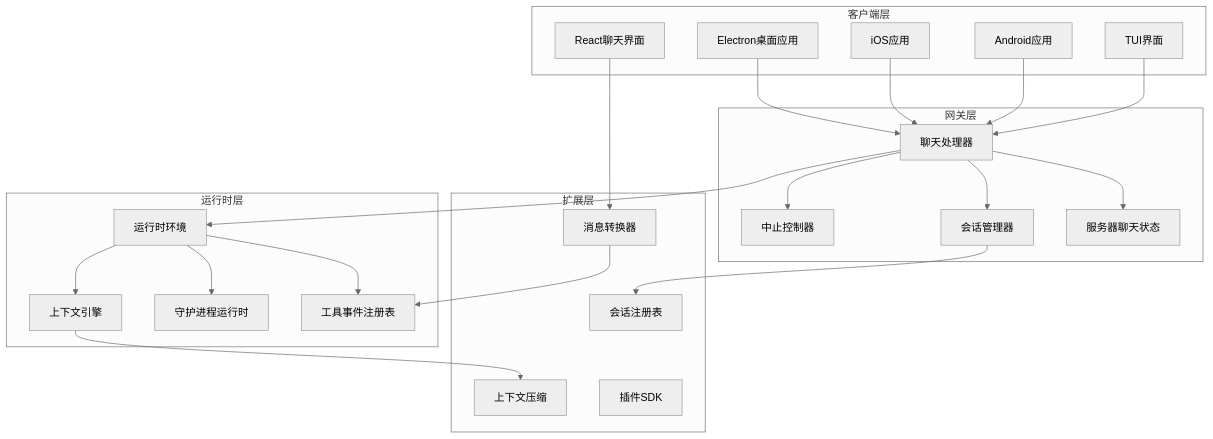
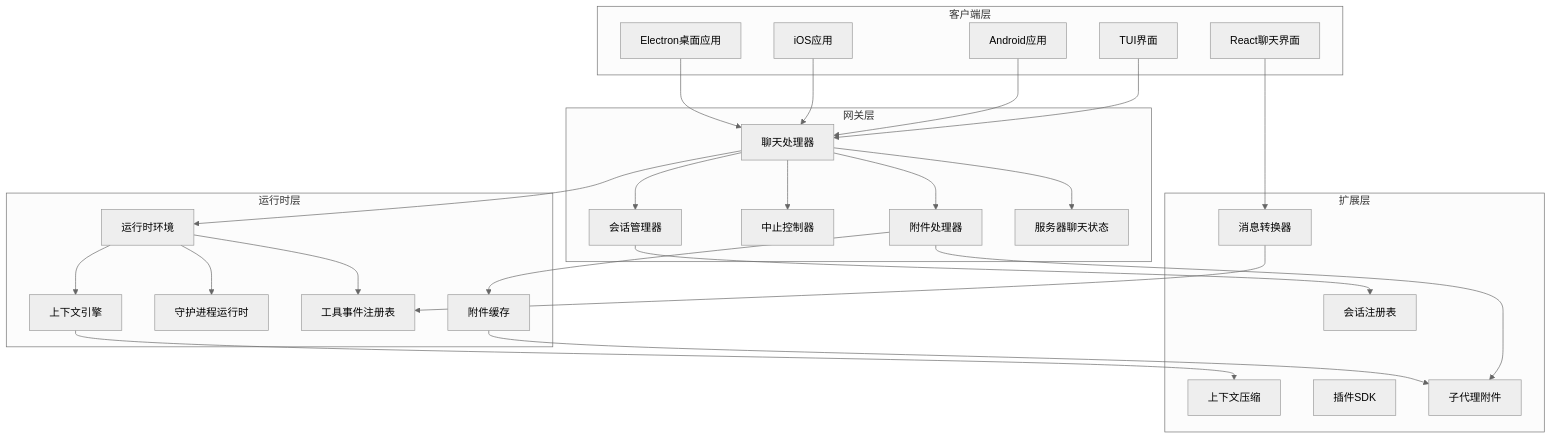
One commit to verse-ai-org/openclaw changed the first of 20 diagrams in .qoder/repowiki/zh/content/Web界面/WebChat界面/聊天运行时提供者增强.md. Above: the diagram before and after it, drawn with Mermaid (neutral theme). The commit also changed other lines of this file and 7 other files, not shown here.

````diff
--- a/.qoder/repowiki/zh/content/Web界面/WebChat界面/聊天运行时提供者增强.md
+++ b/.qoder/repowiki/zh/content/Web界面/WebChat界面/聊天运行时提供者增强.md
@@ -53,43 +59,50 @@
 ```mermaid
 graph TB
 subgraph "客户端层"
 TUI[TUI界面]
 Android[Android应用]
 iOS[iOS应用]
 Electron[Electron桌面应用]
 ReactUI[React聊天界面]
 end
 subgraph "网关层"
 ChatHandlers[聊天处理器]
+ChatAttachments[附件处理器]
 AbortController[中止控制器]
 SessionManager[会话管理器]
 ServerChat[服务器聊天状态]
 end
 subgraph "运行时层"
 RuntimeEnv[运行时环境]
 ContextEngine[上下文引擎]
 DaemonRuntime[守护进程运行时]
 ToolEventRegistry[工具事件注册表]
+AttachmentCache[附件缓存]
 end
 subgraph "扩展层"
 SessionRegistry[会话注册表]
 ContextPruning[上下文压缩]
 PluginSDK[插件SDK]
 MessageConverter[消息转换器]
+SubagentAttachments[子代理附件]
 end
 TUI --> ChatHandlers
 Android --> ChatHandlers
 iOS --> ChatHandlers
 Electron --> ChatHandlers
 ReactUI --> MessageConverter
+ChatHandlers --> ChatAttachments
 ChatHandlers --> AbortController
 ChatHandlers --> SessionManager
 ChatHandlers --> ServerChat
 ChatHandlers --> RuntimeEnv
+ChatAttachments --> AttachmentCache
+ChatAttachments --> SubagentAttachments
 RuntimeEnv --> ContextEngine
 RuntimeEnv --> DaemonRuntime
 RuntimeEnv --> ToolEventRegistry
 SessionManager --> SessionRegistry
 ContextEngine --> ContextPruning
 MessageConverter --> ToolEventRegistry
+AttachmentCache --> SubagentAttachments
 ```
````
